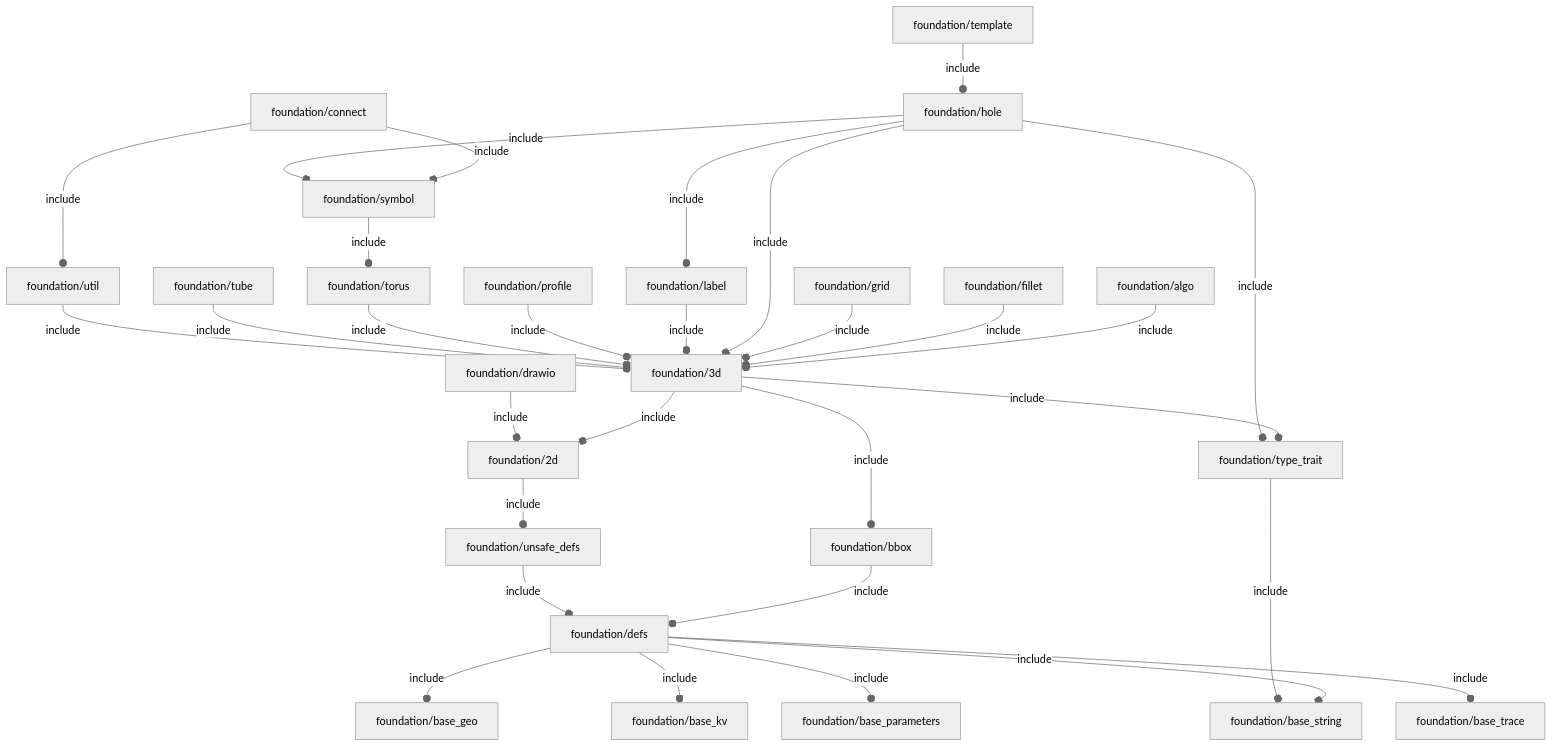
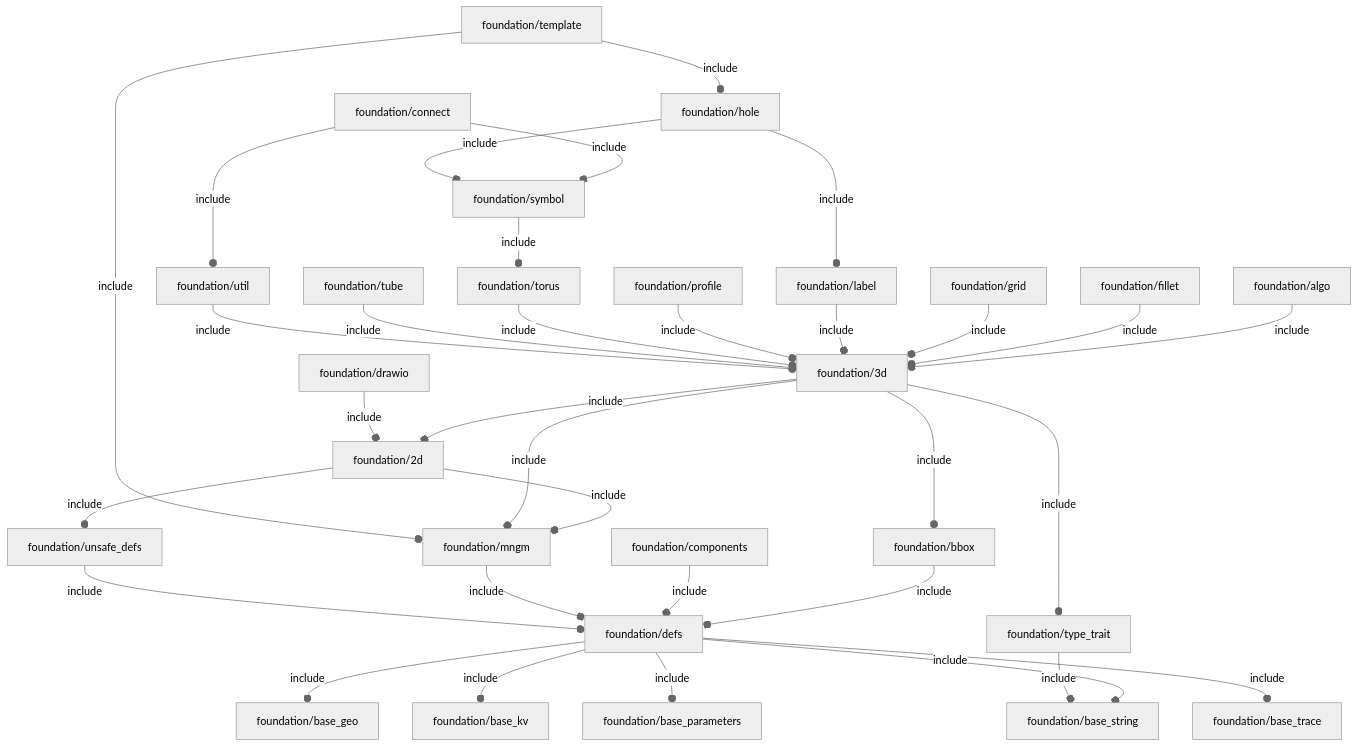
One commit to ggabbiani/OFL changed the diagram in orthodocs/foundation/deps.md. Above: the diagram before and after it, drawn with Mermaid (neutral theme). The commit also changed 39 other files, not shown here.

````diff
--- a/orthodocs/foundation/deps.md
+++ b/orthodocs/foundation/deps.md
@@ -3,37 +3,40 @@
 ```mermaid
 graph TD
-    A1[foundation/2d] --o|include| A2[foundation/unsafe_defs]
-    A3[foundation/3d] --o|include| A1
-    A3 --o|include| A4[foundation/bbox]
-    A3 --o|include| A5[foundation/type_trait]
-    A6[foundation/algo] --o|include| A3
-    A7[foundation/base_geo]
-    A8[foundation/base_kv]
-    A9[foundation/base_parameters]
-    A10[foundation/base_string]
-    A11[foundation/base_trace]
-    A4 --o|include| A12[foundation/defs]
-    A13[foundation/connect] --o|include| A14[foundation/symbol]
-    A13 --o|include| A15[foundation/util]
-    A12 --o|include| A7
-    A12 --o|include| A8
-    A12 --o|include| A9
-    A12 --o|include| A10
-    A12 --o|include| A11
-    A16[foundation/drawio] --o|include| A1
-    A17[foundation/fillet] --o|include| A3
-    A18[foundation/grid] --o|include| A3
-    A19[foundation/hole] --o|include| A3
-    A19 --o|include| A20[foundation/label]
-    A19 --o|include| A14
-    A19 --o|include| A5
-    A20 --o|include| A3
-    A21[foundation/profile] --o|include| A3
-    A14 --o|include| A22[foundation/torus]
-    A23[foundation/template] --o|include| A19
-    A22 --o|include| A3
-    A24[foundation/tube] --o|include| A3
-    A5 --o|include| A10
-    A2 --o|include| A12
-    A15 --o|include| A3
+    A1[foundation/2d] --o|include| A2[foundation/mngm]
+    A1 --o|include| A3[foundation/unsafe_defs]
+    A4[foundation/3d] --o|include| A1
+    A4 --o|include| A5[foundation/bbox]
+    A4 --o|include| A2
+    A4 --o|include| A6[foundation/type_trait]
+    A7[foundation/algo] --o|include| A4
+    A8[foundation/base_geo]
+    A9[foundation/base_kv]
+    A10[foundation/base_parameters]
+    A11[foundation/base_string]
+    A12[foundation/base_trace]
+    A5 --o|include| A13[foundation/defs]
+    A14[foundation/components] --o|include| A13
+    A15[foundation/connect] --o|include| A16[foundation/symbol]
+    A15 --o|include| A17[foundation/util]
+    A13 --o|include| A8
+    A13 --o|include| A9
+    A13 --o|include| A10
+    A13 --o|include| A11
+    A13 --o|include| A12
+    A18[foundation/drawio] --o|include| A1
+    A19[foundation/fillet] --o|include| A4
+    A20[foundation/grid] --o|include| A4
+    A21[foundation/hole] --o|include| A22[foundation/label]
+    A21 --o|include| A16
+    A22 --o|include| A4
+    A2 --o|include| A13
+    A23[foundation/profile] --o|include| A4
+    A16 --o|include| A24[foundation/torus]
+    A25[foundation/template] --o|include| A21
+    A25 --o|include| A2
+    A24 --o|include| A4
+    A26[foundation/tube] --o|include| A4
+    A6 --o|include| A11
+    A3 --o|include| A13
+    A17 --o|include| A4
 ```
````
